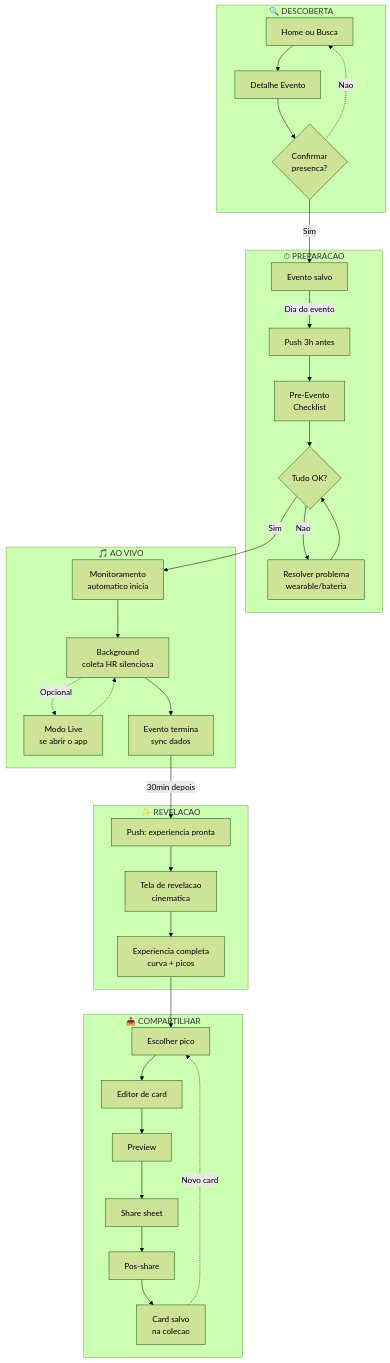
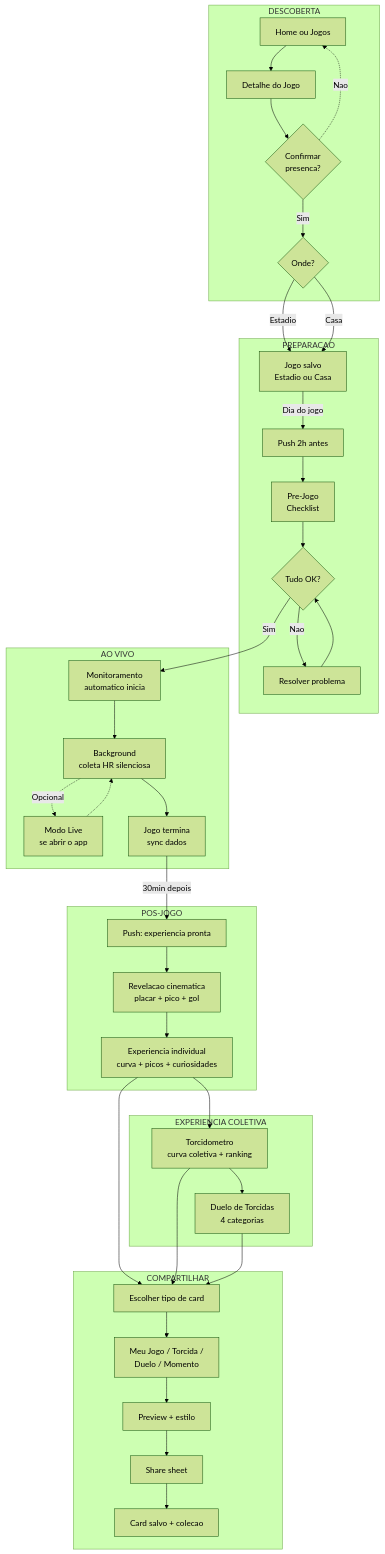
One commit to felipezanucci/tumtum changed the third of 9 diagrams in docs/ux/user-flow-diagram.md. Above: the diagram before and after it, drawn with Mermaid (forest theme). The commit also changed other lines of this file and 2 other files, not shown here.

````diff
--- a/docs/ux/user-flow-diagram.md
+++ b/docs/ux/user-flow-diagram.md
@@ -151,67 +152,77 @@
 ```mermaid
 flowchart TD
-    subgraph DESCOBERTA["🔍 DESCOBERTA"]
-        B1[Home ou Busca]
-        B2[Detalhe Evento]
+    subgraph DESCOBERTA["DESCOBERTA"]
+        B1[Home ou Jogos]
+        B2[Detalhe do Jogo]
         B3{Confirmar<br/>presenca?}
+        B4{Onde?}
     end
 
-    subgraph PREPARACAO["⏱ PREPARACAO"]
-        P1[Evento salvo]
-        P2[Push 3h antes]
-        P3[Pre-Evento<br/>Checklist]
+    subgraph PREPARACAO["PREPARACAO"]
+        P1[Jogo salvo<br/>Estadio ou Casa]
+        P2[Push 2h antes]
+        P3[Pre-Jogo<br/>Checklist]
         P4{Tudo OK?}
-        P5[Resolver problema<br/>wearable/bateria]
+        P5[Resolver problema]
     end
 
-    subgraph AO_VIVO["🎵 AO VIVO"]
+    subgraph AO_VIVO["AO VIVO"]
         L1[Monitoramento<br/>automatico inicia]
         L2[Background<br/>coleta HR silenciosa]
         L3[Modo Live<br/>se abrir o app]
-        L4[Evento termina<br/>sync dados]
+        L4[Jogo termina<br/>sync dados]
     end
 
-    subgraph REVELACAO_FLOW["✨ REVELACAO"]
+    subgraph POS_JOGO["POS-JOGO"]
         R1[Push: experiencia pronta]
-        R2[Tela de revelacao<br/>cinematica]
-        R3[Experiencia completa<br/>curva + picos]
+        R2[Revelacao cinematica<br/>placar + pico + gol]
+        R3[Experiencia individual<br/>curva + picos + curiosidades]
     end
 
-    subgraph COMPARTILHAR["📤 COMPARTILHAR"]
-        S1[Escolher pico]
-        S2[Editor de card]
-        S3[Preview]
+    subgraph COLETIVO["EXPERIENCIA COLETIVA"]
+        T1[Torcidometro<br/>curva coletiva + ranking]
+        T2[Duelo de Torcidas<br/>4 categorias]
+    end
+
+    subgraph COMPARTILHAR["COMPARTILHAR"]
+        S1[Escolher tipo de card]
+        S2[Meu Jogo / Torcida /<br/>Duelo / Momento]
+        S3[Preview + estilo]
         S4[Share sheet]
-        S5[Pos-share]
-        S6[Card salvo<br/>na colecao]
+        S5[Card salvo + colecao]
     end
 
     B1 --> B2
     B2 --> B3
-    B3 -->|Sim| P1
+    B3 -->|Sim| B4
     B3 -.->|Nao| B1
+    B4 -->|Estadio| P1
+    B4 -->|Casa| P1
 
-    P1 -->|Dia do evento| P2
+    P1 -->|Dia do jogo| P2
     P2 --> P3
     P3 --> P4
     P4 -->|Sim| L1
     P4 -->|Nao| P5
     P5 --> P4
 
     L1 --> L2
     L2 -.->|Opcional| L3
     L3 -.-> L2
     L2 --> L4
 
     L4 -->|30min depois| R1
     R1 --> R2
     R2 --> R3
 
+    R3 --> T1
+    T1 --> T2
+
     R3 --> S1
+    T1 --> S1
+    T2 --> S1
     S1 --> S2
     S2 --> S3
     S3 --> S4
     S4 --> S5
-    S5 --> S6
-    S6 -.->|Novo card| S1
 ```
````
